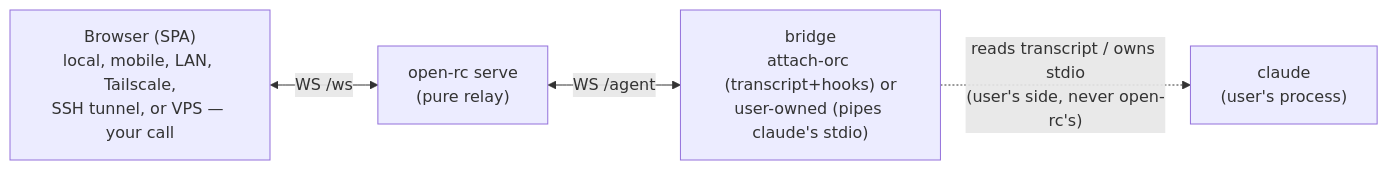
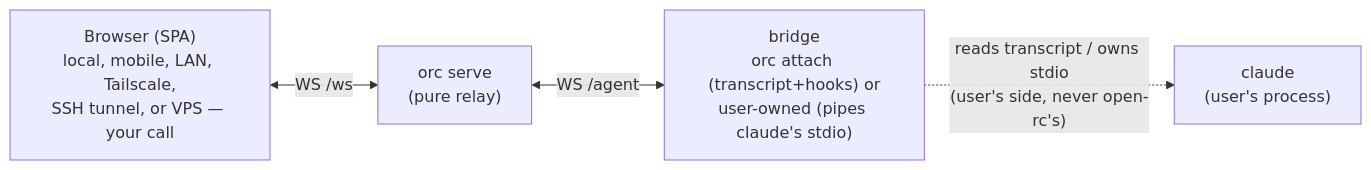
One commit to Cohey0727/OpenRemoteControl changed the first of 2 diagrams in docs/architecture.md. Above: the diagram before and after it, drawn with Mermaid. The commit also changed other lines of this file and 26 other files, not shown here.

````diff
--- a/docs/architecture.md
+++ b/docs/architecture.md
@@ -66,10 +66,10 @@
 ```mermaid
 flowchart LR
     browser["Browser (SPA)<br/>local, mobile, LAN, Tailscale,<br/>SSH tunnel, or VPS — your call"]
-    serve["open-rc serve<br/>(pure relay)"]
-    bridge["bridge<br/>attach-orc (transcript+hooks) or<br/>user-owned (pipes claude's stdio)"]
+    serve["orc serve<br/>(pure relay)"]
+    bridge["bridge<br/>orc attach (transcript+hooks) or<br/>user-owned (pipes claude's stdio)"]
     claude["claude<br/>(user's process)"]
     browser <-- "WS /ws" --> serve
     serve <-- "WS /agent" --> bridge
     bridge -. "reads transcript / owns stdio<br/>(user's side, never open-rc's)" .-> claude
 ```
````
